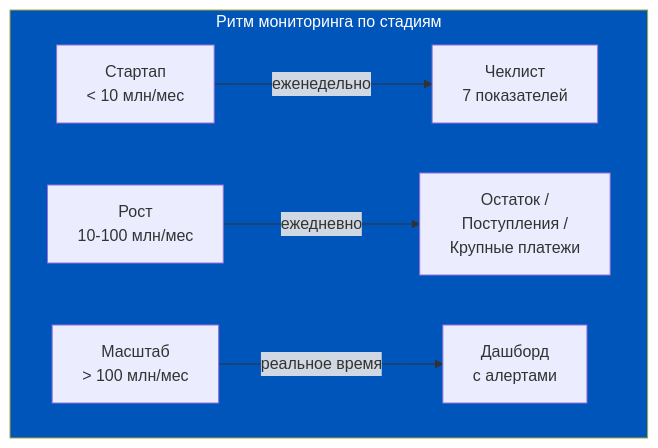
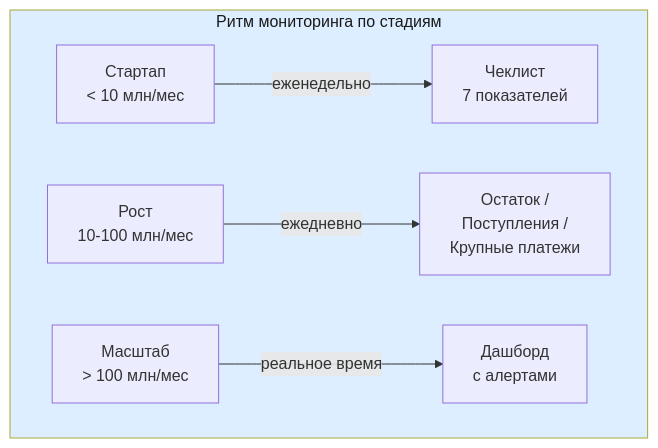
One commit to murad1986/1c-erp-quartz changed the ninth of 10 diagrams in content/1c-erp/week_8/Неделя 8 - День 3 - Казначейство и управление кэшем.md. Above: the diagram before and after it, drawn with Mermaid. The commit also changed other lines of this file and 57 other files, not shown here.

First line of the commit message:
fix: Mermaid — пастельные цвета в источниках диаграмм (56 файлов)

````diff
--- a/content/1c-erp/week_8/Неделя 8 - День 3 - Казначейство и управление кэшем.md
+++ b/content/1c-erp/week_8/Неделя 8 - День 3 - Казначейство и управление кэшем.md
@@ -449,11 +449,11 @@
 ```mermaid
 flowchart TD
     subgraph Ритм["Ритм мониторинга по стадиям"]
         direction LR
         S1[Стартап<br/>< 10 млн/мес] -->|еженедельно| W1[Чеклист<br/>7 показателей]
         S2[Рост<br/>10-100 млн/мес] -->|ежедневно| D1[Остаток /<br/>Поступления /<br/>Крупные платежи]
         S3[Масштаб<br/>> 100 млн/мес] -->|реальное время| R1[Дашборд<br/>с алертами]
     end
 
-    style Ритм fill:#0055BB,color:#fff
+    style Ритм fill:#dceeff,color:#1a1a1a
 ```
````
